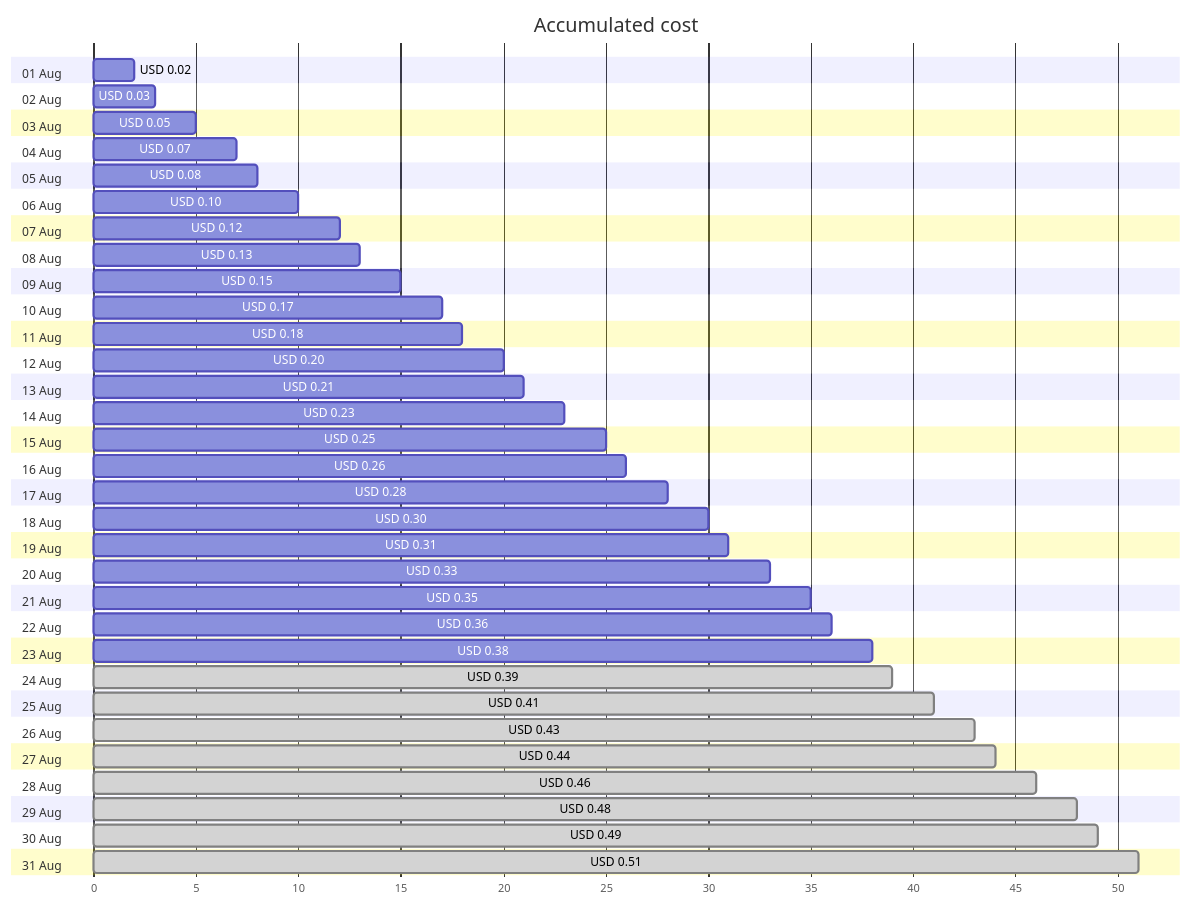
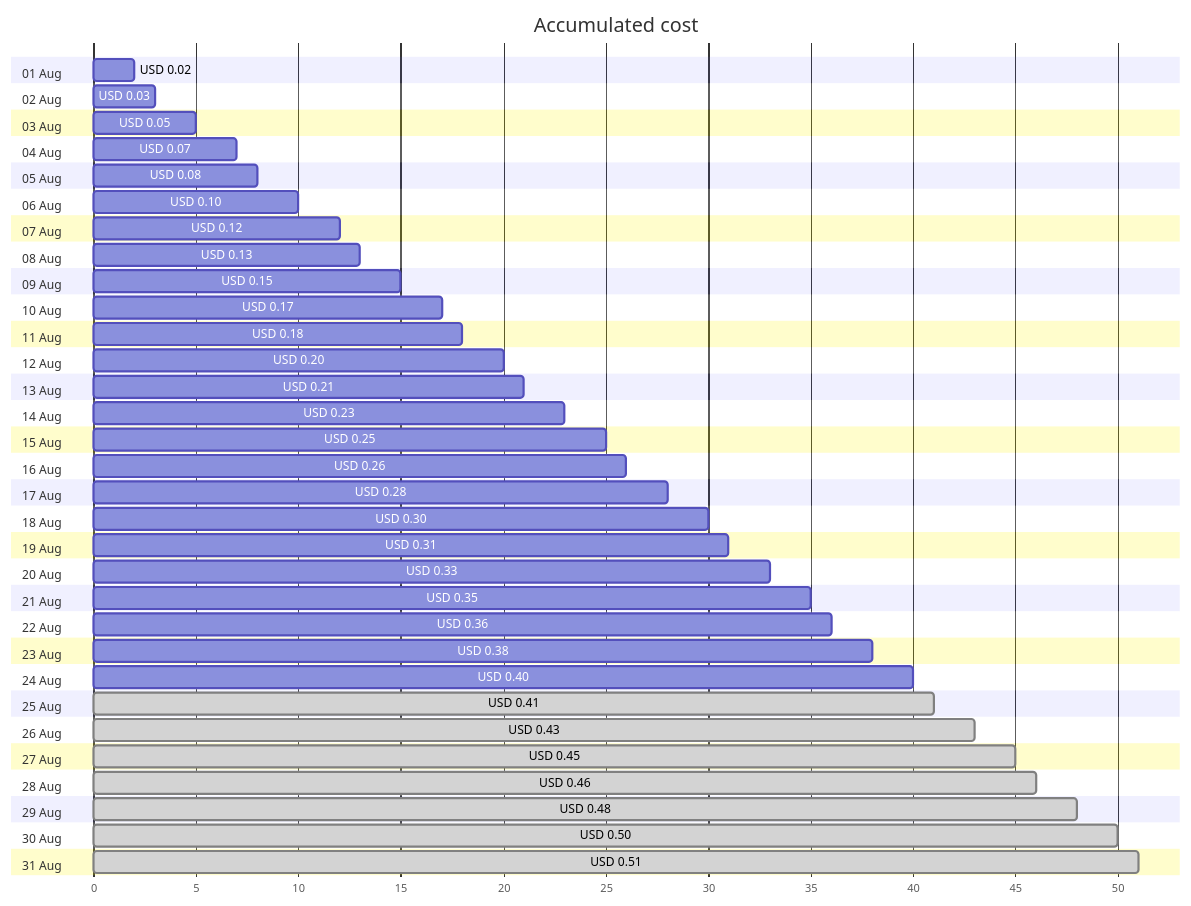
Before and after one commit to jpfulton/azure-personal-reports: the first of 4 diagrams in cost-reports/personal-dns/jpatrickfulton.dev.md, drawn with Mermaid. The commit also changed other lines of this file and 2 other files, not shown here.

````diff
--- a/cost-reports/personal-dns/jpatrickfulton.dev.md
+++ b/cost-reports/personal-dns/jpatrickfulton.dev.md
@@ -20,68 +20,68 @@
 ```mermaid
 gantt
    title Accumulated cost
    dateFormat  X
    axisFormat %s
    section 01 Aug
    USD 0.02 :0, 2
    section 02 Aug
    USD 0.03 :0, 3
    section 03 Aug
    USD 0.05 :0, 5
    section 04 Aug
    USD 0.07 :0, 7
    section 05 Aug
    USD 0.08 :0, 8
    section 06 Aug
    USD 0.10 :0, 10
    section 07 Aug
    USD 0.12 :0, 12
    section 08 Aug
    USD 0.13 :0, 13
    section 09 Aug
    USD 0.15 :0, 15
    section 10 Aug
    USD 0.17 :0, 17
    section 11 Aug
    USD 0.18 :0, 18
    section 12 Aug
    USD 0.20 :0, 20
    section 13 Aug
    USD 0.21 :0, 21
    section 14 Aug
    USD 0.23 :0, 23
    section 15 Aug
    USD 0.25 :0, 25
    section 16 Aug
    USD 0.26 :0, 26
    section 17 Aug
    USD 0.28 :0, 28
    section 18 Aug
    USD 0.30 :0, 30
    section 19 Aug
    USD 0.31 :0, 31
    section 20 Aug
    USD 0.33 :0, 33
    section 21 Aug
    USD 0.35 :0, 35
    section 22 Aug
    USD 0.36 :0, 36
    section 23 Aug
    USD 0.38 :0, 38
    section 24 Aug
-   USD 0.39 : done, 0, 39
+   USD 0.40 :0, 40
    section 25 Aug
    USD 0.41 : done, 0, 41
    section 26 Aug
    USD 0.43 : done, 0, 43
    section 27 Aug
-   USD 0.44 : done, 0, 44
+   USD 0.45 : done, 0, 45
    section 28 Aug
    USD 0.46 : done, 0, 46
    section 29 Aug
    USD 0.48 : done, 0, 48
    section 30 Aug
-   USD 0.49 : done, 0, 49
+   USD 0.50 : done, 0, 50
    section 31 Aug
    USD 0.51 : done, 0, 51
 ```
````
